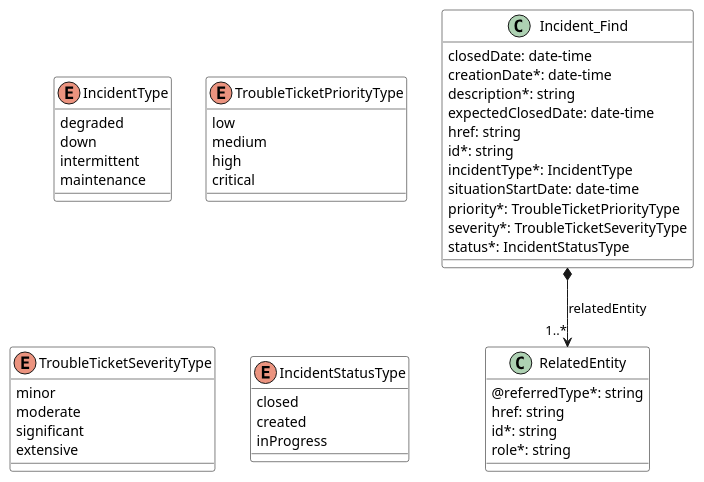
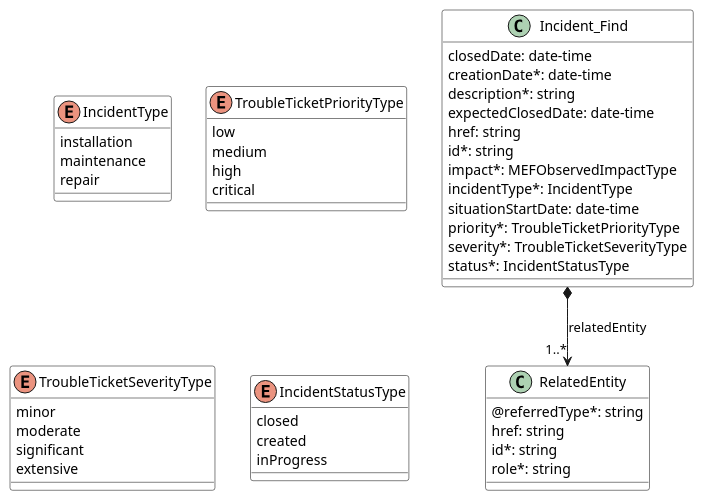
Before and after one commit to MEF-GIT/MEF-LSO-Sonata-SDK: the diagram in documentation/productApi/troubleTicket/media/src/useCase15IncidentFindModel.puml, drawn with PlantUML. The commit also changed 382 other files, not shown here.

```diff
--- a/documentation/productApi/troubleTicket/media/src/useCase15IncidentFindModel.puml
+++ b/documentation/productApi/troubleTicket/media/src/useCase15IncidentFindModel.puml
@@ -1,62 +1,62 @@
 @startuml
 skinparam {
     ClassBackgroundColor White
     ClassBorderColor Black
 }
 
 class Incident_Find {
 
     closedDate: date-time
     creationDate*: date-time
     description*: string
     expectedClosedDate: date-time
     href: string
     id*: string
+    impact*: MEFObservedImpactType
     incidentType*: IncidentType
     situationStartDate: date-time
     priority*: TroubleTicketPriorityType
     severity*: TroubleTicketSeverityType
     status*: IncidentStatusType
 }
 Incident_Find *-->"1..*" RelatedEntity : relatedEntity
 
 
 class RelatedEntity {
 
     @referredType*: string
     href: string
     id*: string
     role*: string
 }
 
 
 enum IncidentType {
 
-    degraded
-    down
-    intermittent
+    installation
     maintenance
+    repair
 }
 
 enum TroubleTicketPriorityType {
 
     low
     medium
     high
     critical
 }
 enum TroubleTicketSeverityType {
 
     minor
     moderate
     significant
     extensive
 }
 enum IncidentStatusType {
 
     closed
     created
     inProgress
 }
 
 @enduml
```
